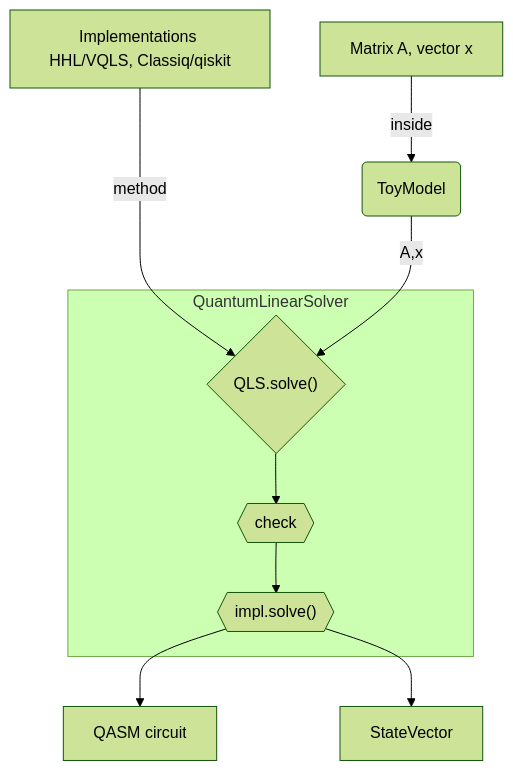
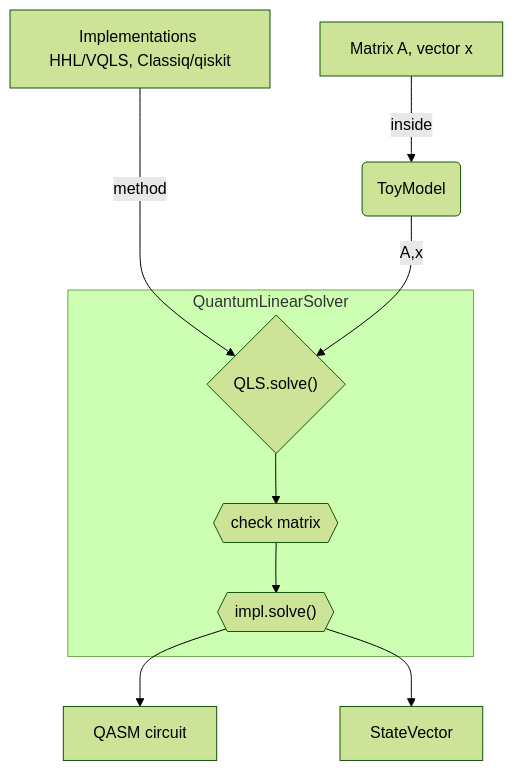
The diagram in README.md (SURFQuantum/qc-quantum-linear-systems), drawn with Mermaid (forest theme) before and after one commit.

Commit message:
updated diagram

````diff
--- a/README.md
+++ b/README.md
@@ -41,12 +41,12 @@
 ```mermaid
 flowchart TD
     A[Matrix A, vector x] -->|inside| B(ToyModel)
     subgraph QuantumLinearSolver
-        D{"QLS.solve()"} --> CH{{check}}
+        D{"QLS.solve()"} --> CH{{check matrix}}
         CH --> S{{"impl.solve()"}}
     end
     M[Implementations HHL/VQLS, Classiq/qiskit] ---> |method| D
     B --> |A,x| D
     S --> Q[QASM circuit]
     S --> V[StateVector]
 ```
````
